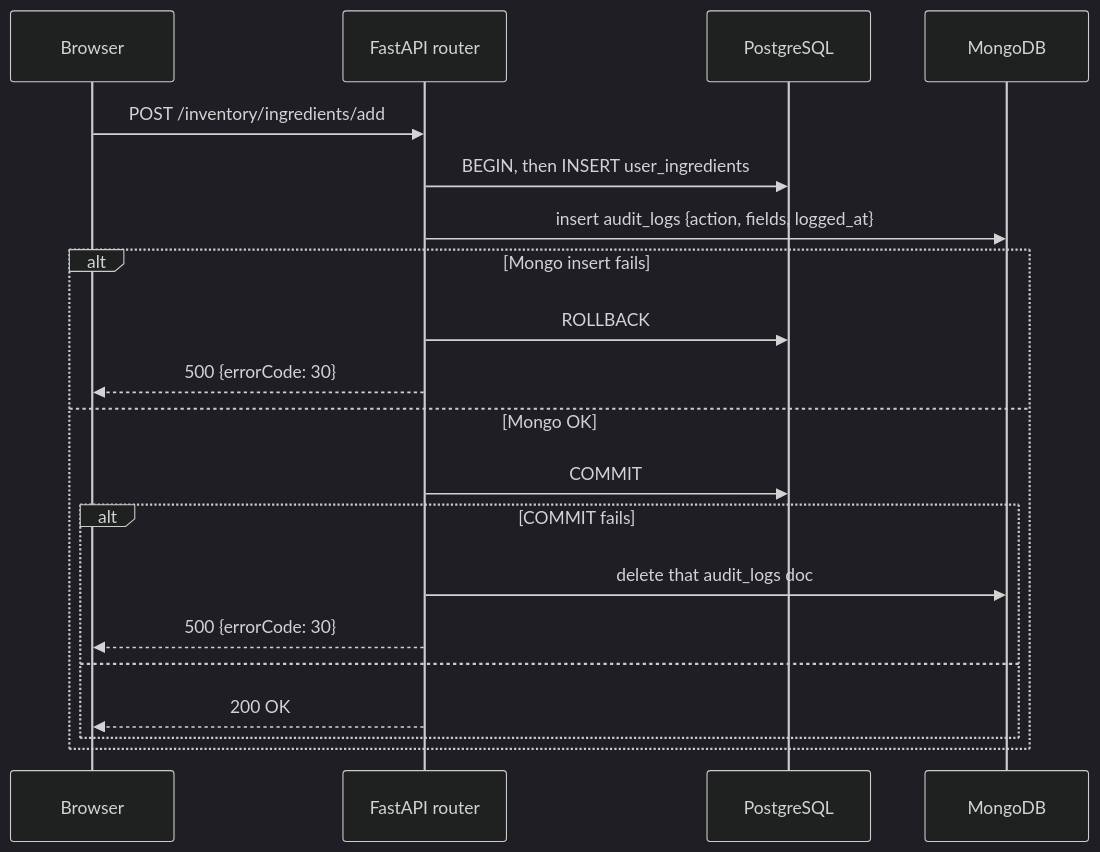
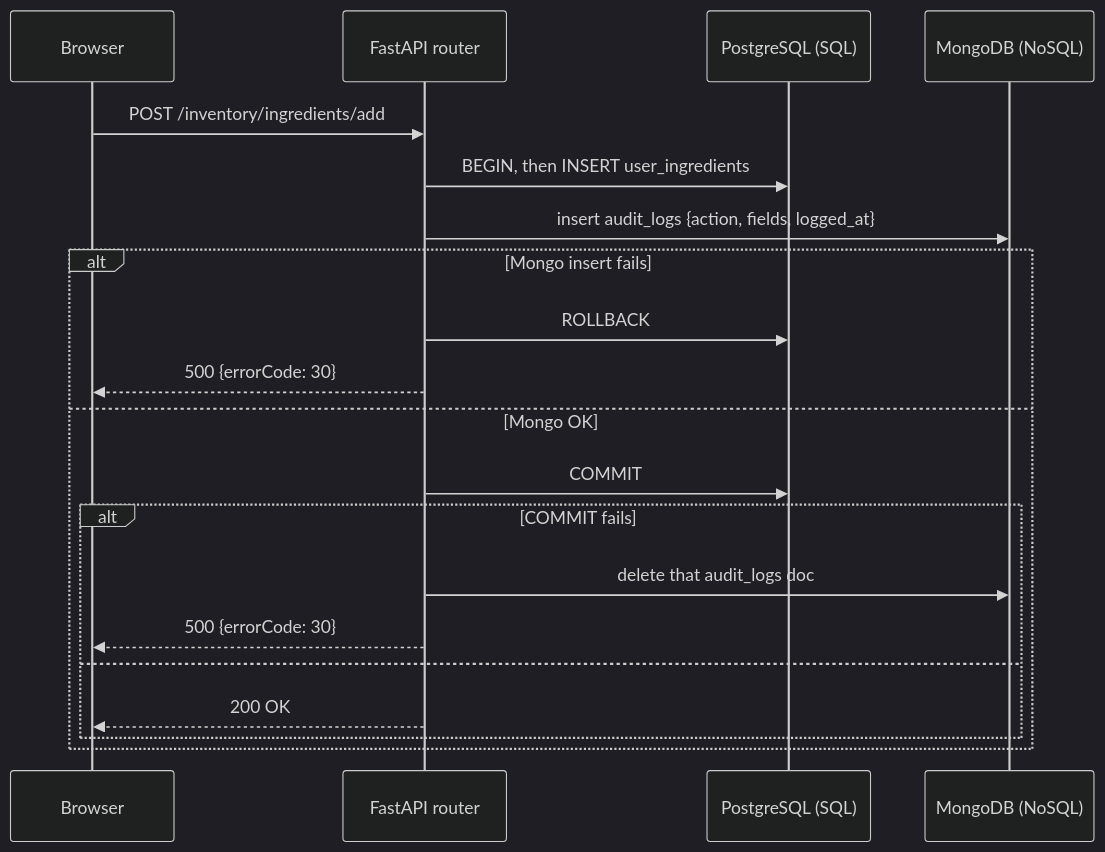
The fifth of 6 diagrams in docs/diagram-architecture/ARCHITECTURE.md (Khaomi/RecipeFilterSystem), drawn with Mermaid (dark theme) before and after one commit. The commit also changed other lines of this file and 1 other file, not shown here.

Commit message:
adding the missing nosql and the architect

````diff
--- a/docs/diagram-architecture/ARCHITECTURE.md
+++ b/docs/diagram-architecture/ARCHITECTURE.md
@@ -99,23 +182,23 @@
 ```mermaid
 sequenceDiagram
     participant B as Browser
     participant A as FastAPI router
-    participant P as PostgreSQL
-    participant M as MongoDB
+    participant P as PostgreSQL (SQL)
+    participant M as MongoDB (NoSQL)
 
     B->>A: POST /inventory/ingredients/add
     A->>P: BEGIN, then INSERT user_ingredients
     A->>M: insert audit_logs {action, fields, logged_at}
     alt Mongo insert fails
         A->>P: ROLLBACK
         A-->>B: 500 {errorCode: 30}
     else Mongo OK
         A->>P: COMMIT
         alt COMMIT fails
             A->>M: delete that audit_logs doc
             A-->>B: 500 {errorCode: 30}
         else
             A-->>B: 200 OK
         end
     end
 ```
````
